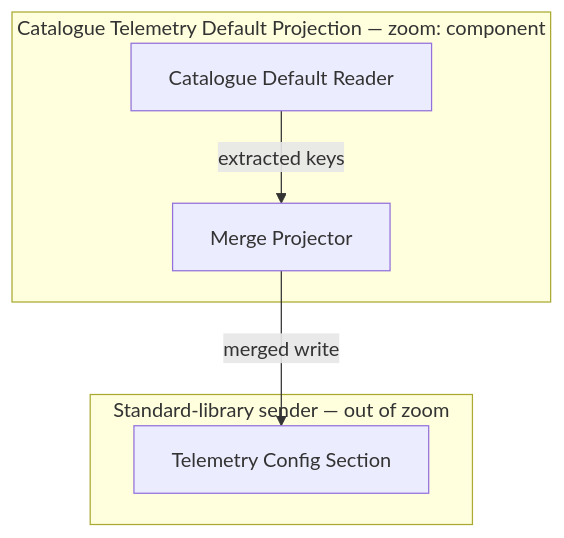
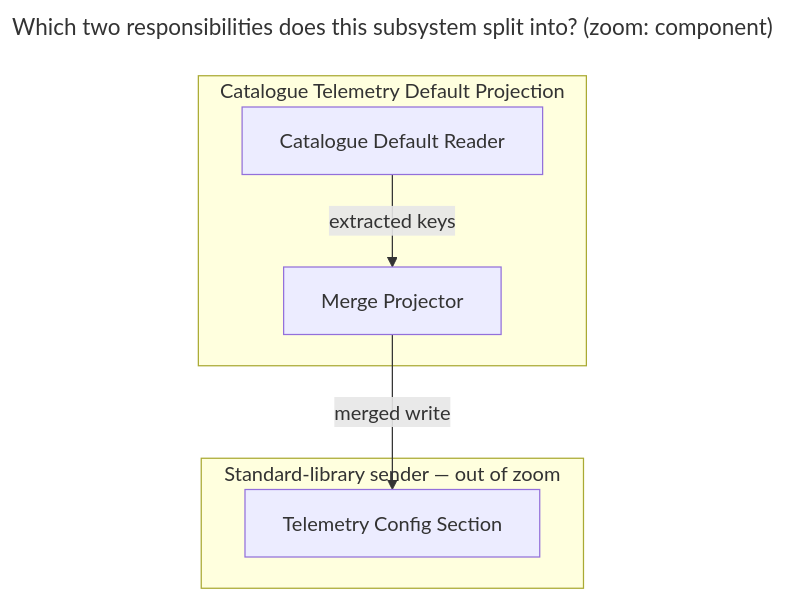
Before and after one commit to eugenelim/agent-ready-repo: the second of 4 diagrams in packs/architect/tests/skills/architect-design/testdata/precheck-defects.md, drawn with Mermaid. The commit also changed other lines of this file and 2 other files, not shown here.

````diff
--- a/packs/architect/tests/skills/architect-design/testdata/precheck-defects.md
+++ b/packs/architect/tests/skills/architect-design/testdata/precheck-defects.md
@@ -89,13 +91,15 @@
 ```mermaid
-%% Question: which two responsibilities does the merge decision split into? · Zoom: component
+---
+title: "Which two responsibilities does this subsystem split into? (zoom: component)"
+---
 flowchart TB
-    subgraph Subsystem[Catalogue Telemetry Default Projection — zoom: component]
+    subgraph Subsystem[Catalogue Telemetry Default Projection]
         Reader[Catalogue Default Reader]
         Projector[Merge Projector]
         Reader -->|extracted keys| Projector
     end
     subgraph Neighbor[Standard-library sender — out of zoom]
         Section[Telemetry Config Section]
     end
     Projector -->|merged write| Section
 ```
````
